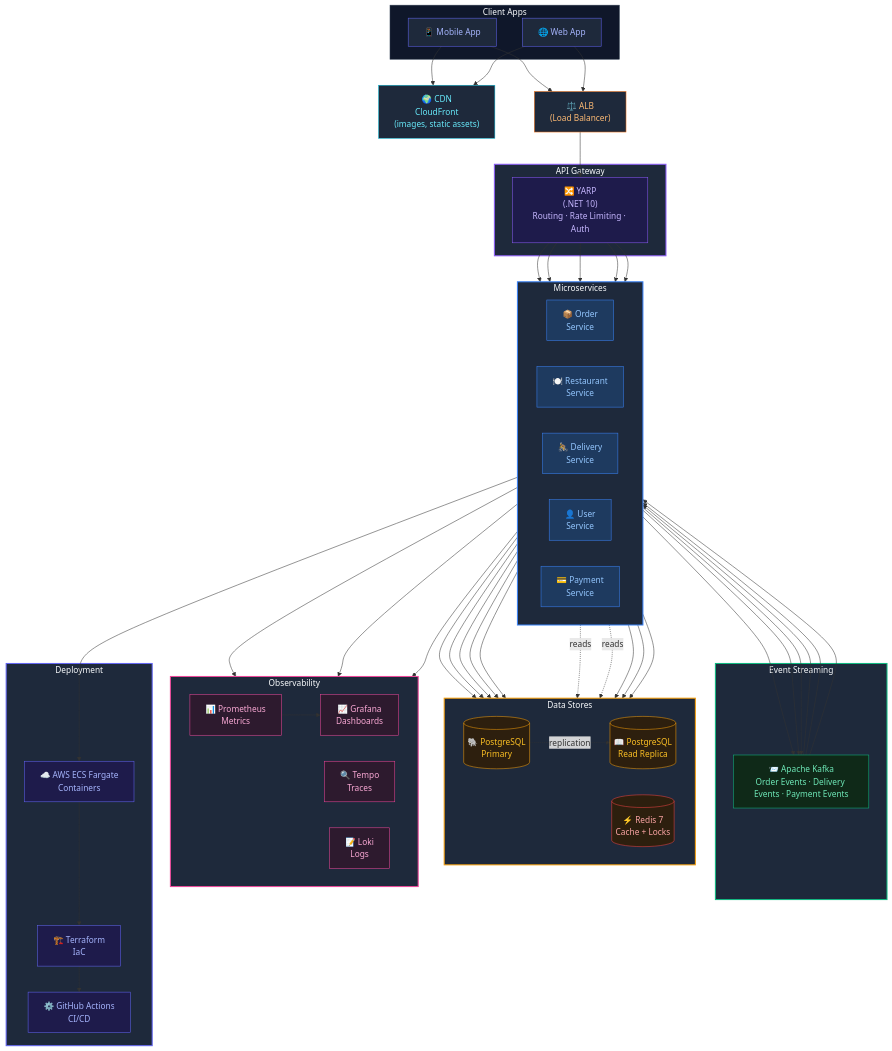
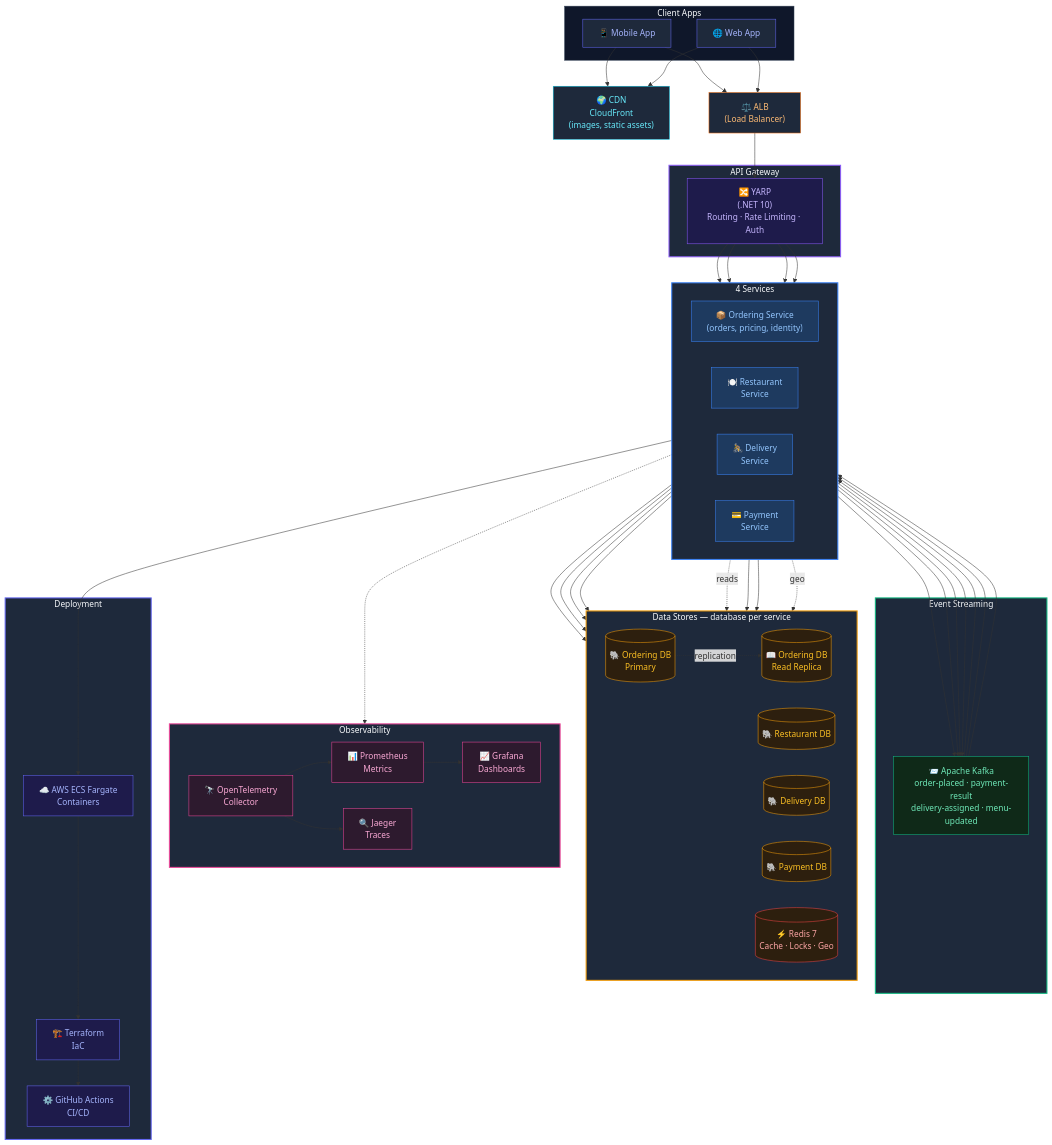
One commit to desiarchitect/tadka-cohort changed the diagram in docs/diagrams/day-01-final-architecture.md. Above: the diagram before and after it, drawn with Mermaid. The commit also changed other lines of this file and 31 other files, not shown here.

````diff
--- a/docs/diagrams/day-01-final-architecture.md
+++ b/docs/diagrams/day-01-final-architecture.md
@@ -12,39 +12,41 @@
     end
 
     cdn["🌍 CDN<br/>CloudFront<br/>(images, static assets)"]
-    
+
     lb["⚖️ ALB<br/>(Load Balancer)"]
 
     subgraph gateway["API Gateway"]
         yarp["🔀 YARP<br/>(.NET 10)<br/>Routing · Rate Limiting · Auth"]
     end
 
-    subgraph services["Microservices"]
+    subgraph services["4 Services"]
         direction LR
-        order["📦 Order<br/>Service"]
+        order["📦 Ordering Service<br/>(orders, pricing, identity)"]
         restaurant["🍽️ Restaurant<br/>Service"]
         delivery["🚴 Delivery<br/>Service"]
-        user["👤 User<br/>Service"]
         payment["💳 Payment<br/>Service"]
     end
 
-    subgraph datastores["Data Stores"]
+    subgraph datastores["Data Stores — database per service"]
         direction LR
-        pg_primary[("🐘 PostgreSQL<br/>Primary")]
-        pg_replica[("📖 PostgreSQL<br/>Read Replica")]
-        redis[("⚡ Redis 7<br/>Cache + Locks")]
+        ordering_db[("🐘 Ordering DB<br/>Primary")]
+        ordering_replica[("📖 Ordering DB<br/>Read Replica")]
+        restaurant_db[("🐘 Restaurant DB")]
+        delivery_db[("🐘 Delivery DB")]
+        payment_db[("🐘 Payment DB")]
+        redis[("⚡ Redis 7<br/>Cache · Locks · Geo")]
     end
 
     subgraph messaging["Event Streaming"]
-        kafka["📨 Apache Kafka<br/>Order Events · Delivery Events · Payment Events"]
+        kafka["📨 Apache Kafka<br/>order-placed · payment-result<br/>delivery-assigned · menu-updated"]
     end
 
     subgraph observability["Observability"]
         direction LR
+        otel["🔭 OpenTelemetry<br/>Collector"]
         prometheus["📊 Prometheus<br/>Metrics"]
         grafana["📈 Grafana<br/>Dashboards"]
-        tempo["🔍 Tempo<br/>Traces"]
-        loki["📝 Loki<br/>Logs"]
+        jaeger["🔍 Jaeger<br/>Traces"]
     end
 
     subgraph deployment["Deployment"]
@@ -61,35 +63,32 @@
     yarp --> order
     yarp --> restaurant
     yarp --> delivery
-    yarp --> user
     yarp --> payment
 
-    order --> pg_primary
-    restaurant --> pg_primary
-    user --> pg_primary
-    payment --> pg_primary
-    delivery --> pg_primary
+    order --> ordering_db
+    restaurant --> restaurant_db
+    delivery --> delivery_db
+    payment --> payment_db
 
-    order -.->|reads| pg_replica
-    restaurant -.->|reads| pg_replica
+    order -.->|reads| ordering_replica
+    ordering_db -.->|replication| ordering_replica
 
     order --> redis
     restaurant --> redis
-    delivery --> redis
-
-    pg_primary -.->|replication| pg_replica
+    delivery -.->|geo| redis
 
     order --> kafka
     payment --> kafka
     delivery --> kafka
+    restaurant --> kafka
     kafka --> order
     kafka --> delivery
     kafka --> payment
 
-    services --> prometheus
+    services -.-> otel
+    otel --> prometheus
+    otel --> jaeger
     prometheus --> grafana
-    services --> tempo
-    services --> loki
 
     services --> ecs
     ecs --> terraform
@@ -102,30 +101,32 @@
     style messaging fill:#1e293b,stroke:#10b981,stroke-width:2px,color:#f8fafc
     style observability fill:#1e293b,stroke:#ec4899,stroke-width:2px,color:#f8fafc
     style deployment fill:#1e293b,stroke:#6366f1,stroke-width:2px,color:#f8fafc
-    
+
     style order fill:#1e3a5f,stroke:#3b82f6,color:#93c5fd
     style restaurant fill:#1e3a5f,stroke:#3b82f6,color:#93c5fd
     style delivery fill:#1e3a5f,stroke:#3b82f6,color:#93c5fd
-    style user fill:#1e3a5f,stroke:#3b82f6,color:#93c5fd
     style payment fill:#1e3a5f,stroke:#3b82f6,color:#93c5fd
-    
-    style pg_primary fill:#2d1f0e,stroke:#f59e0b,color:#fbbf24
-    style pg_replica fill:#2d1f0e,stroke:#f59e0b,color:#fbbf24
+
+    style ordering_db fill:#2d1f0e,stroke:#f59e0b,color:#fbbf24
+    style ordering_replica fill:#2d1f0e,stroke:#f59e0b,color:#fbbf24
+    style restaurant_db fill:#2d1f0e,stroke:#f59e0b,color:#fbbf24
+    style delivery_db fill:#2d1f0e,stroke:#f59e0b,color:#fbbf24
+    style payment_db fill:#2d1f0e,stroke:#f59e0b,color:#fbbf24
     style redis fill:#2d1f0e,stroke:#ef4444,color:#fca5a5
     style kafka fill:#0f2918,stroke:#10b981,color:#6ee7b7
     style yarp fill:#1e1b4b,stroke:#8b5cf6,color:#c4b5fd
     style cdn fill:#1e293b,stroke:#06b6d4,color:#67e8f9
     style lb fill:#1e293b,stroke:#f97316,color:#fdba74
 
+    style otel fill:#2d1a2e,stroke:#ec4899,color:#f9a8d4
     style prometheus fill:#2d1a2e,stroke:#ec4899,color:#f9a8d4
     style grafana fill:#2d1a2e,stroke:#ec4899,color:#f9a8d4
-    style tempo fill:#2d1a2e,stroke:#ec4899,color:#f9a8d4
-    style loki fill:#2d1a2e,stroke:#ec4899,color:#f9a8d4
-    
+    style jaeger fill:#2d1a2e,stroke:#ec4899,color:#f9a8d4
+
     style ecs fill:#1e1b4b,stroke:#6366f1,color:#a5b4fc
     style terraform fill:#1e1b4b,stroke:#6366f1,color:#a5b4fc
     style ghactions fill:#1e1b4b,stroke:#6366f1,color:#a5b4fc
-    
+
     style mobile fill:#1e293b,stroke:#6366f1,color:#a5b4fc
     style web fill:#1e293b,stroke:#6366f1,color:#a5b4fc
 ```
````
